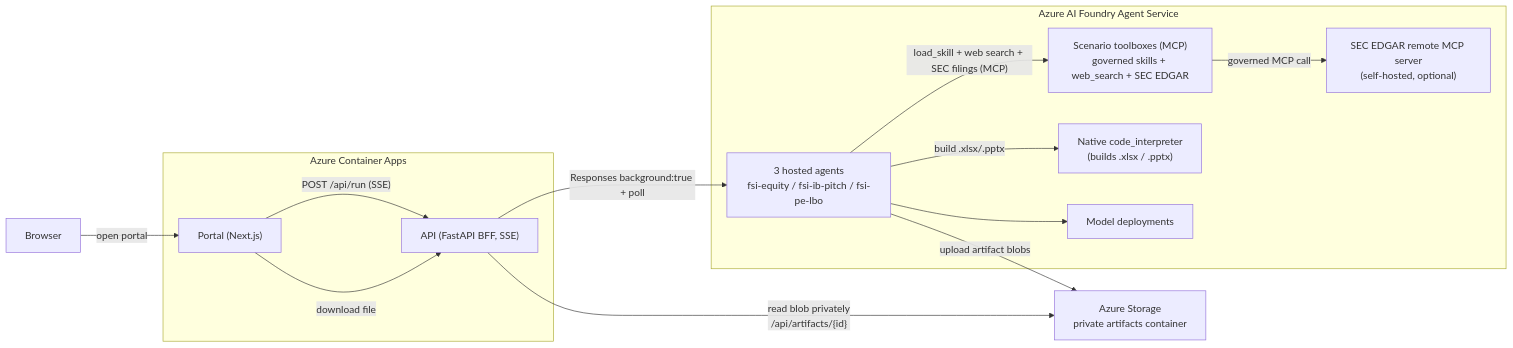
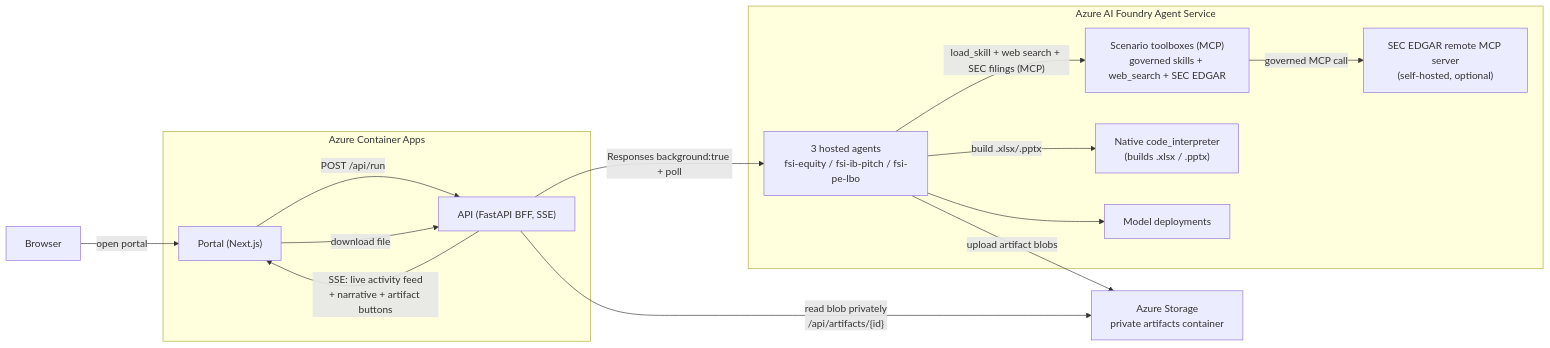
One commit to samsonlee0907/anthropic-fsi-skill-demo-with-ghcp changed the diagram in README.md. Above: the diagram before and after it, drawn with Mermaid. The commit also changed other lines of this file, not shown here.

First line of the commit message:
docs: add Troubleshooting quick-reference + live activity feed to README

````diff
--- a/README.md
+++ b/README.md
@@ -83,30 +83,31 @@
 ```mermaid
 flowchart LR
     Browser["Browser"]
 
     subgraph ACA["Azure Container Apps"]
         Portal["Portal (Next.js)"]
         API["API (FastAPI BFF, SSE)"]
     end
 
     subgraph Foundry["Azure AI Foundry Agent Service"]
         HostedAgents["3 hosted agents<br/>fsi-equity / fsi-ib-pitch / fsi-pe-lbo"]
         Toolbox["Scenario toolboxes (MCP)<br/>governed skills + web_search + SEC EDGAR"]
         NativeCI["Native code_interpreter<br/>(builds .xlsx / .pptx)"]
         SECServer["SEC EDGAR remote MCP server<br/>(self-hosted, optional)"]
         Models["Model deployments"]
     end
 
     Storage["Azure Storage<br/>private artifacts container"]
 
     Browser -->|"open portal"| Portal
-    Portal -->|"POST /api/run (SSE)"| API
+    Portal -->|"POST /api/run"| API
+    API -->|"SSE: live activity feed<br/>+ narrative + artifact buttons"| Portal
     API -->|"Responses background:true + poll"| HostedAgents
     HostedAgents --> Models
     HostedAgents -->|"load_skill + web search + SEC filings (MCP)"| Toolbox
     Toolbox -->|"governed MCP call"| SECServer
     HostedAgents -->|"build .xlsx/.pptx"| NativeCI
     HostedAgents -->|"upload artifact blobs"| Storage
     API -->|"read blob privately<br/>/api/artifacts/{id}"| Storage
     Portal -->|"download file"| API
 ```
````
